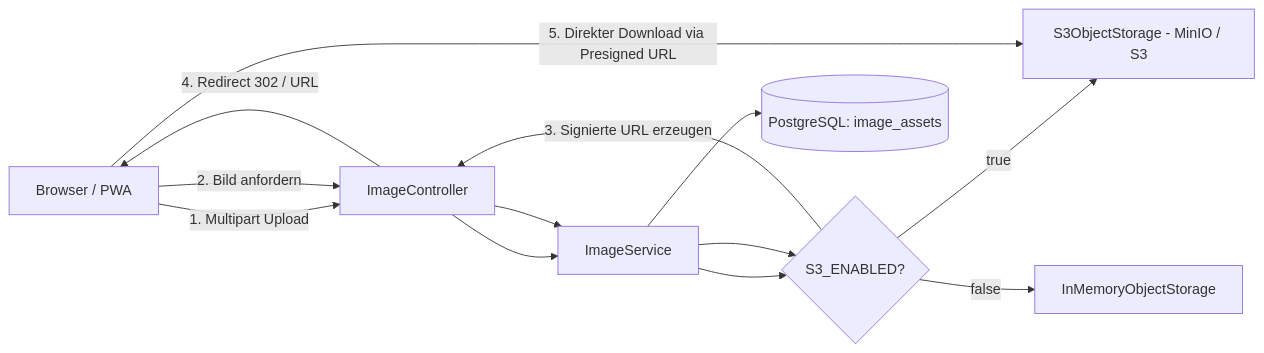
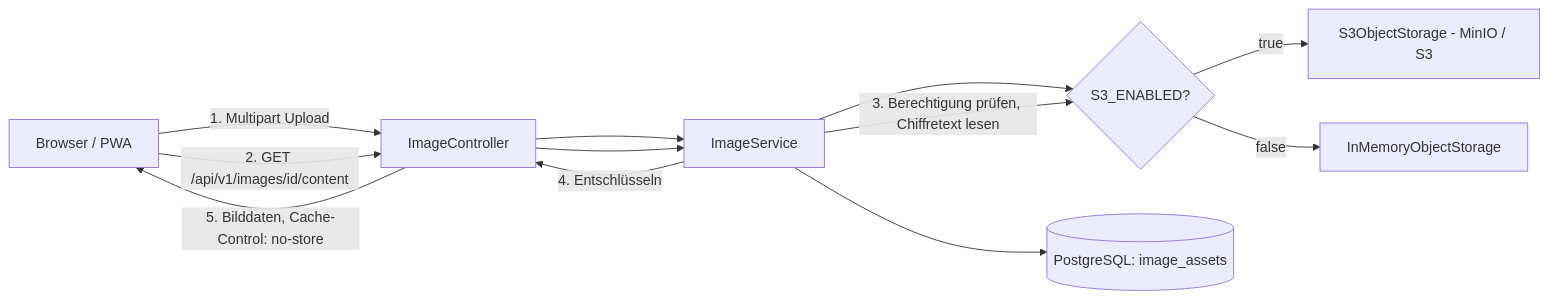
One commit to damaurer/vereint changed the first of 2 diagrams in docs/baseservice/06-integrations.md. Above: the diagram before and after it, drawn with Mermaid. The commit also changed other lines of this file and 21 other files, not shown here.

````diff
--- a/docs/baseservice/06-integrations.md
+++ b/docs/baseservice/06-integrations.md
@@ -11,16 +11,15 @@
 ```mermaid
 graph LR
   Client[Browser / PWA] -->|1. Multipart Upload| Ctrl[ImageController]
   Ctrl --> Svc[ImageService]
   Svc --> Store{S3_ENABLED?}
   Store -- true --> S3[S3ObjectStorage - MinIO / S3]
   Store -- false --> Mem[InMemoryObjectStorage]
   Svc --> DB[(PostgreSQL: image_assets)]
 
-  Client -->|2. Bild anfordern| Ctrl
+  Client -->|2. GET /api/v1/images/id/content| Ctrl
   Ctrl --> Svc
-  Svc --> Store
-  Store -->|3. Signierte URL erzeugen| Ctrl
-  Ctrl -->|4. Redirect 302 / URL| Client
-  Client -->|5. Direkter Download via Presigned URL| S3
+  Svc -->|3. Berechtigung prüfen, Chiffretext lesen| Store
+  Svc -->|4. Entschlüsseln| Ctrl
+  Ctrl -->|5. Bilddaten, Cache-Control: no-store| Client
 ```
````
